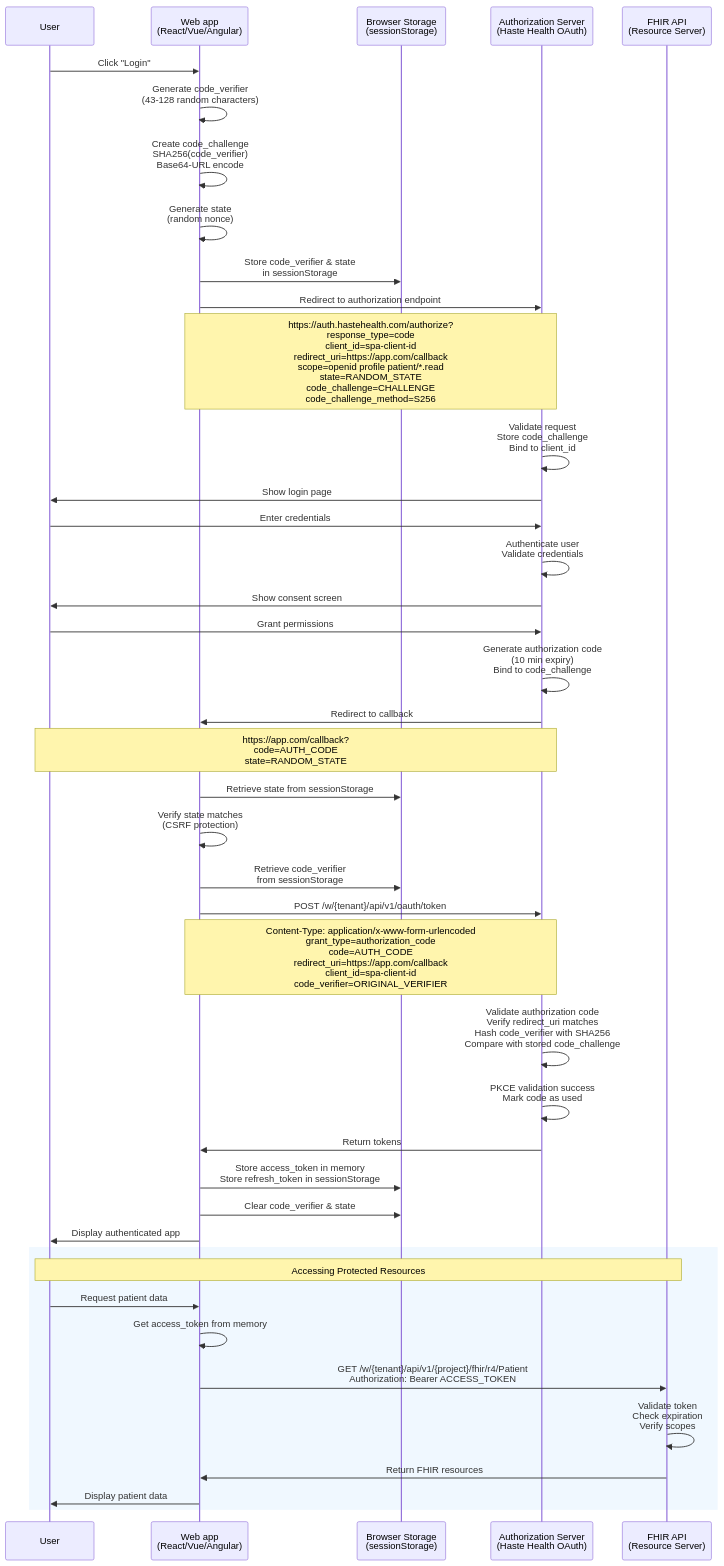
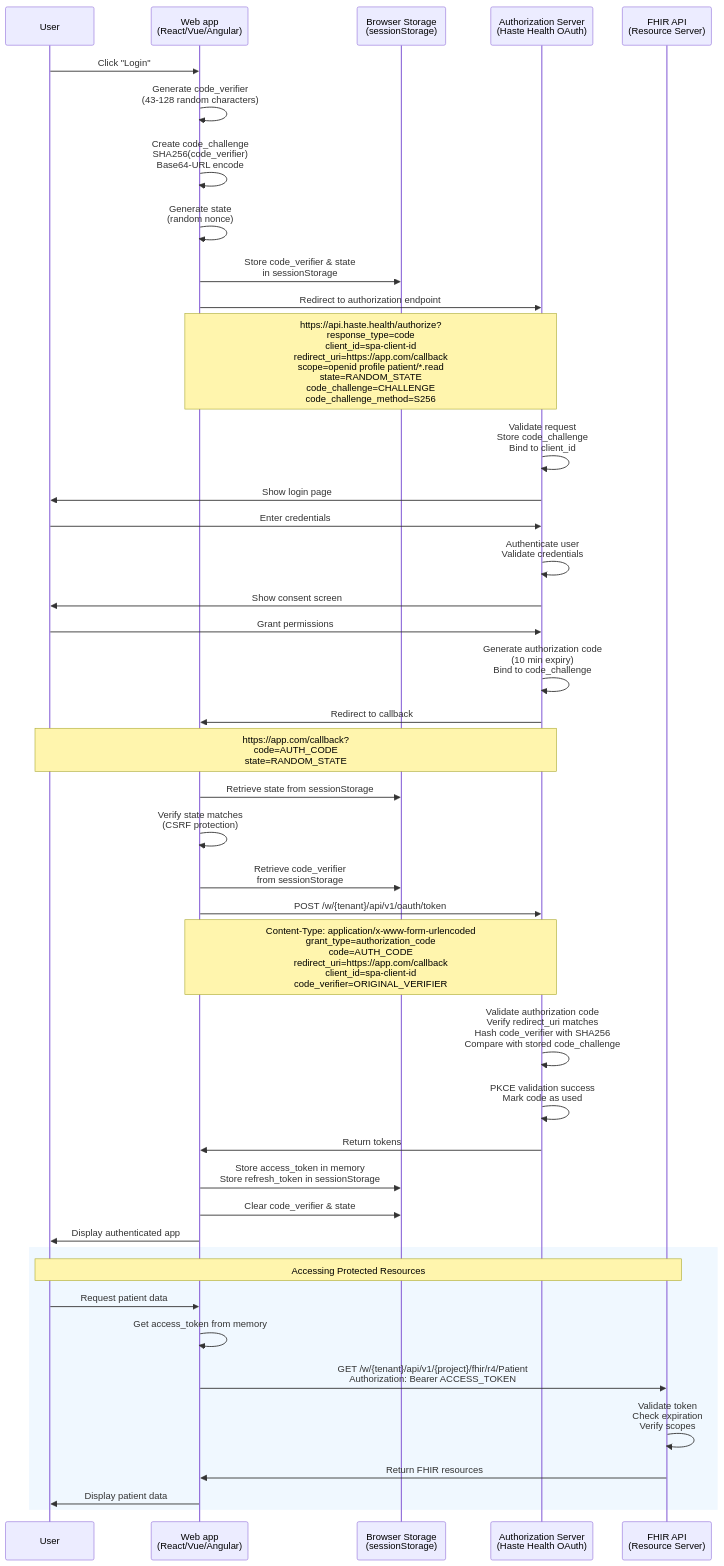
Before and after one commit to HasteHealth/HasteHealth: the diagram in frontend/packages/website/docs/Authentication/OpenID Connect/Authorization Code.mdx, drawn with Mermaid. The commit also changed other lines of this file, not shown here.

````diff
--- a/frontend/packages/website/docs/Authentication/OpenID Connect/Authorization Code.mdx
+++ b/frontend/packages/website/docs/Authentication/OpenID Connect/Authorization Code.mdx
@@ -33,74 +33,74 @@
 ```mermaid
 sequenceDiagram
     participant User
     participant SPA as Web app<br/>(React/Vue/Angular)
     participant Browser as Browser Storage<br/>(sessionStorage)
     participant AuthServer as Authorization Server<br/>(Haste Health OAuth)
     participant API as FHIR API<br/>(Resource Server)
 
     User->>SPA: Click "Login"
     
     SPA->>SPA: Generate code_verifier<br/>(43-128 random characters)
     SPA->>SPA: Create code_challenge<br/>SHA256(code_verifier)<br/>Base64-URL encode
     SPA->>SPA: Generate state<br/>(random nonce)
     
     SPA->>Browser: Store code_verifier & state<br/>in sessionStorage
     
     SPA->>AuthServer: Redirect to authorization endpoint
-    Note over SPA,AuthServer: https://auth.hastehealth.com/authorize?<br/>response_type=code<br/>client_id=spa-client-id<br/>redirect_uri=https://app.com/callback<br/>scope=openid profile patient/*.read<br/>state=RANDOM_STATE<br/>code_challenge=CHALLENGE<br/>code_challenge_method=S256
+    Note over SPA,AuthServer: https://api.haste.health/authorize?<br/>response_type=code<br/>client_id=spa-client-id<br/>redirect_uri=https://app.com/callback<br/>scope=openid profile patient/*.read<br/>state=RANDOM_STATE<br/>code_challenge=CHALLENGE<br/>code_challenge_method=S256
     
 
     
     AuthServer->>AuthServer: Validate request<br/>Store code_challenge<br/>Bind to client_id
     
     AuthServer->>User: Show login page
     
     User->>AuthServer: Enter credentials
     
     AuthServer->>AuthServer: Authenticate user<br/>Validate credentials
     
     AuthServer->>User: Show consent screen
     
     User->>AuthServer: Grant permissions
     
     AuthServer->>AuthServer: Generate authorization code<br/>(10 min expiry)<br/>Bind to code_challenge
     
     AuthServer->>SPA: Redirect to callback
     Note over AuthServer,User: https://app.com/callback?<br/>code=AUTH_CODE<br/>state=RANDOM_STATE
     
     
     SPA->>Browser: Retrieve state from sessionStorage
     SPA->>SPA: Verify state matches<br/>(CSRF protection)
     
     SPA->>Browser: Retrieve code_verifier<br/>from sessionStorage
     
     SPA->>AuthServer: POST /w/{tenant}/api/v1/oauth/token
     Note over SPA,AuthServer: Content-Type: application/x-www-form-urlencoded<br/>grant_type=authorization_code<br/>code=AUTH_CODE<br/>redirect_uri=https://app.com/callback<br/>client_id=spa-client-id<br/>code_verifier=ORIGINAL_VERIFIER
     
     AuthServer->>AuthServer: Validate authorization code<br/>Verify redirect_uri matches<br/>Hash code_verifier with SHA256<br/>Compare with stored code_challenge
     
     AuthServer->>AuthServer: PKCE validation success<br/>Mark code as used
     
     AuthServer->>SPA: Return tokens
     
     SPA->>Browser: Store access_token in memory<br/>Store refresh_token in sessionStorage
     SPA->>Browser: Clear code_verifier & state
     
     SPA->>User: Display authenticated app
     
     rect rgb(240, 248, 255)
         Note over User,API: Accessing Protected Resources
         
         User->>SPA: Request patient data
         
         SPA->>SPA: Get access_token from memory
         
         SPA->>API: GET /w/{tenant}/api/v1/{project}/fhir/r4/Patient<br/>Authorization: Bearer ACCESS_TOKEN
         
         API->>API: Validate token<br/>Check expiration<br/>Verify scopes
         
         API->>SPA: Return FHIR resources
         
         SPA->>User: Display patient data
     end
 ```
````
